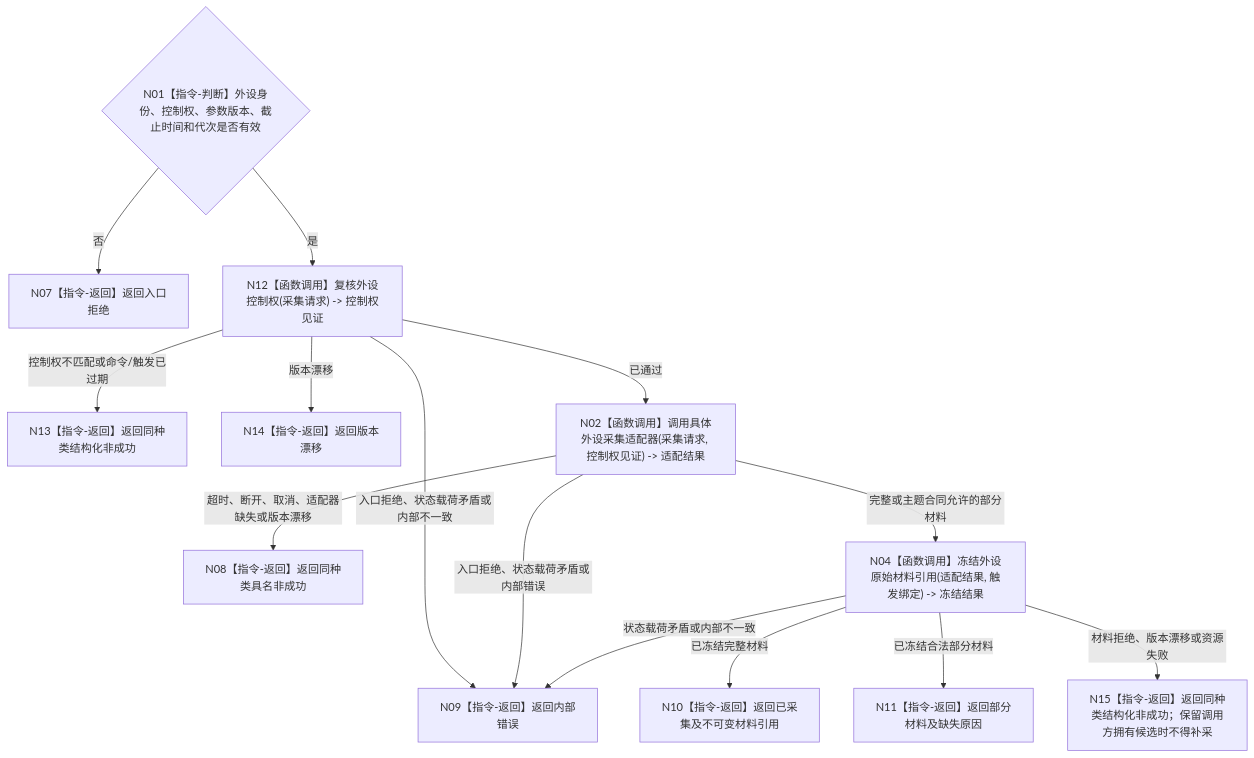
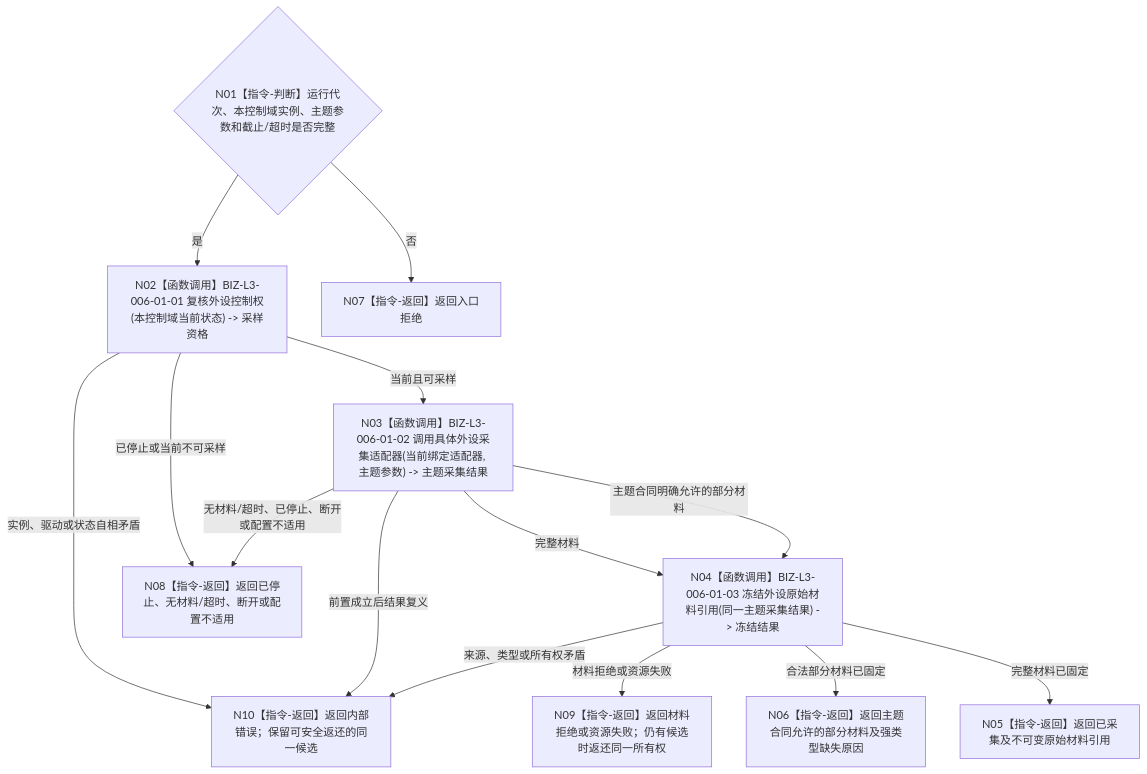
Before and after one commit to chunhaizh-cyber/HY-Ego: the diagram in 流程图/目标业务流程图/L2/BIZ-L2-006-01_采集一次外设原始材料_目标函数流程图_v0.2.md, drawn with Mermaid. The commit also changed other lines of this file and 17 other files, not shown here.

````diff
--- a/流程图/目标业务流程图/L2/BIZ-L2-006-01_采集一次外设原始材料_目标函数流程图_v0.2.md
+++ b/流程图/目标业务流程图/L2/BIZ-L2-006-01_采集一次外设原始材料_目标函数流程图_v0.2.md
@@ -30,16 +34,27 @@
 ```mermaid
 flowchart TD
-    N01{"N01【指令-判断】外设身份、控制权、参数版本、截止时间和代次是否有效"} -->|否| N07["N07【指令-返回】返回入口拒绝"]
-    N01 -->|是| N12["N12【函数调用】复核外设控制权(采集请求) -> 控制权见证"]
-    N12 -->|控制权不匹配或命令/触发已过期| N13["N13【指令-返回】返回同种类结构化非成功"]
-    N12 -->|版本漂移| N14["N14【指令-返回】返回版本漂移"]
-    N12 -->|入口拒绝、状态载荷矛盾或内部不一致| N09["N09【指令-返回】返回内部错误"]
-    N12 -->|已通过| N02["N02【函数调用】调用具体外设采集适配器(采集请求, 控制权见证) -> 适配结果"]
-    N02 -->|超时、断开、取消、适配器缺失或版本漂移| N08["N08【指令-返回】返回同种类具名非成功"]
-    N02 -->|入口拒绝、状态载荷矛盾或内部错误| N09
-    N02 -->|完整或主题合同允许的部分材料| N04["N04【函数调用】冻结外设原始材料引用(适配结果, 触发绑定) -> 冻结结果"]
-    N04 -->|已冻结完整材料| N10["N10【指令-返回】返回已采集及不可变材料引用"]
-    N04 -->|已冻结合法部分材料| N11["N11【指令-返回】返回部分材料及缺失原因"]
-    N04 -->|材料拒绝、版本漂移或资源失败| N15["N15【指令-返回】返回同种类结构化非成功；保留调用方拥有候选时不得补采"]
-    N04 -->|状态载荷矛盾或内部不一致| N09
+    N01{"N01【指令-判断】运行代次、本控制域实例、主题参数和截止/超时是否完整"}
+    N02["N02【函数调用】BIZ-L3-006-01-01 复核外设控制权(本控制域当前状态) -> 采样资格"]
+    N03["N03【函数调用】BIZ-L3-006-01-02 调用具体外设采集适配器(当前绑定适配器, 主题参数) -> 主题采集结果"]
+    N04["N04【函数调用】BIZ-L3-006-01-03 冻结外设原始材料引用(同一主题采集结果) -> 冻结结果"]
+    N05["N05【指令-返回】返回已采集及不可变原始材料引用"]
+    N06["N06【指令-返回】返回主题合同允许的部分材料及强类型缺失原因"]
+    N07["N07【指令-返回】返回入口拒绝"]
+    N08["N08【指令-返回】返回已停止、无材料/超时、断开或配置不适用"]
+    N09["N09【指令-返回】返回材料拒绝或资源失败；仍有候选时返还同一所有权"]
+    N10["N10【指令-返回】返回内部错误；保留可安全返还的同一候选"]
+
+    N01 -->|否| N07
+    N01 -->|是| N02
+    N02 -->|当前且可采样| N03
+    N02 -->|已停止或当前不可采样| N08
+    N02 -->|实例、驱动或状态自相矛盾| N10
+    N03 -->|完整材料| N04
+    N03 -->|主题合同明确允许的部分材料| N04
+    N03 -->|无材料/超时、已停止、断开或配置不适用| N08
+    N03 -->|前置成立后结果复义| N10
+    N04 -->|完整材料已固定| N05
+    N04 -->|合法部分材料已固定| N06
+    N04 -->|材料拒绝或资源失败| N09
+    N04 -->|来源、类型或所有权矛盾| N10
 ```
````
